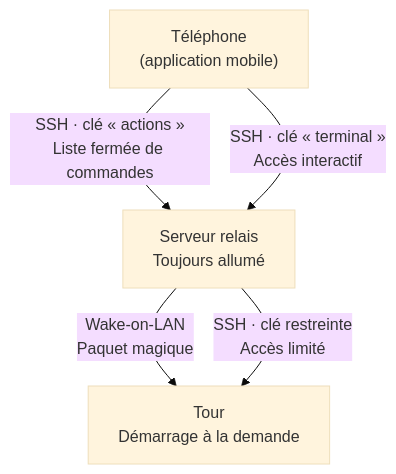
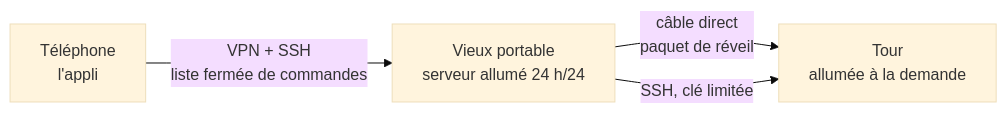
Before and after one commit to Zeid-Ibraheem/homelab-control: the diagram in README.md, drawn with Mermaid (base theme). The commit also changed other lines of this file, not shown here.

````diff
--- a/README.md
+++ b/README.md
@@ -23,14 +28,10 @@
 ```mermaid
-flowchart TD
-    P["Téléphone<br/>(application mobile)"]
+flowchart LR
+    P["Téléphone<br/>l'appli"]
+    S["Vieux portable<br/>serveur allumé 24 h/24"]
+    T["Tour<br/>allumée à la demande"]
 
-    S["Serveur relais<br/>Toujours allumé"]
-
-    T["Tour<br/>Démarrage à la demande"]
-
-    P -->|"SSH · clé « actions »<br/>Liste fermée de commandes"| S
-    P -->|"SSH · clé « terminal »<br/>Accès interactif"| S
-
-    S -->|"Wake-on-LAN<br/>Paquet magique"| T
-    S -->|"SSH · clé restreinte<br/>Accès limité"| T
+    P -->|"VPN + SSH<br/>liste fermée de commandes"| S
+    S -->|"câble direct<br/>paquet de réveil"| T
+    S -->|"SSH, clé limitée"| T
 ```
````
